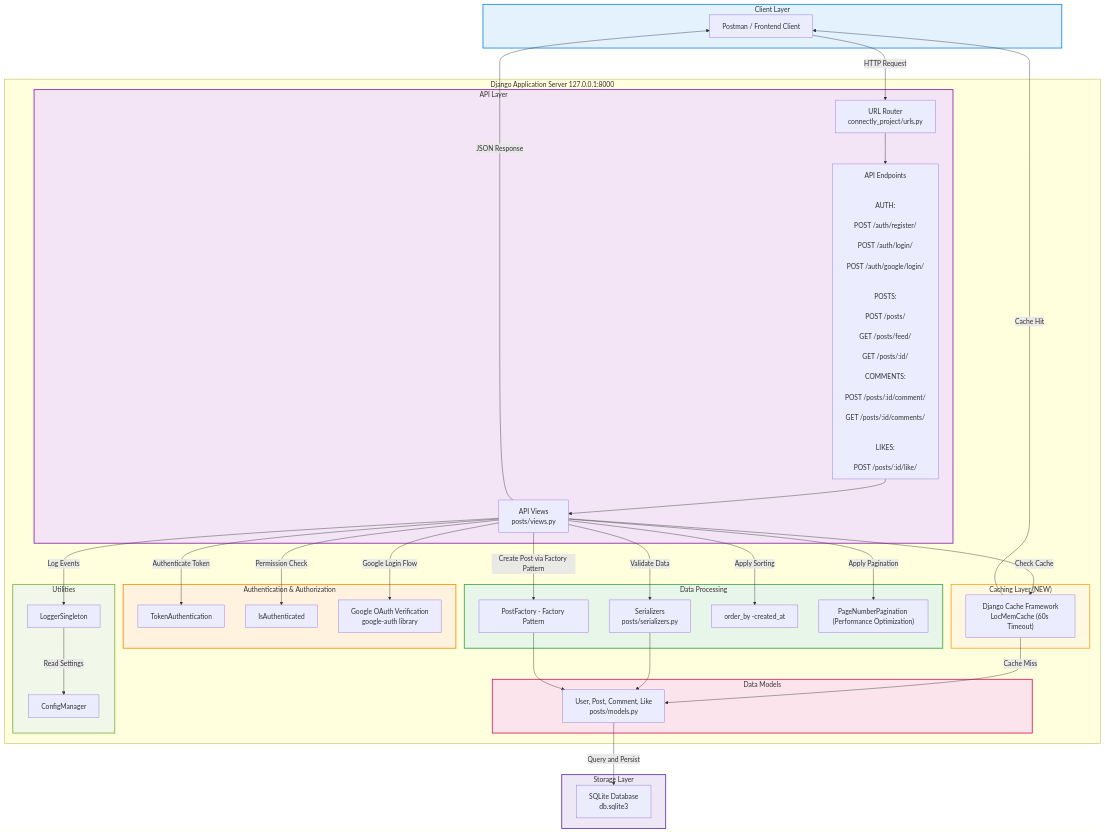
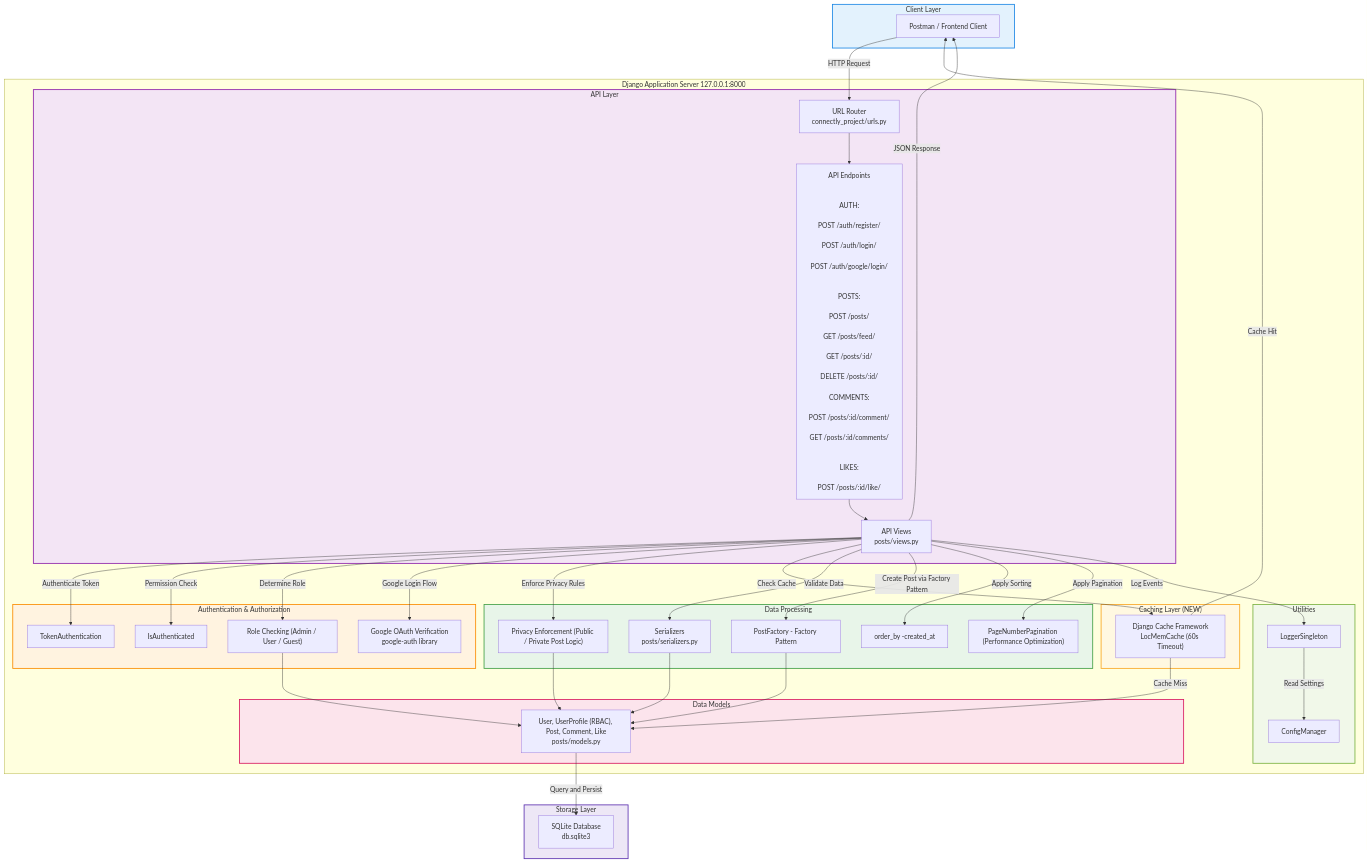
The third of 6 diagrams in README.md (Mihoqr/connectly-rest-api), drawn with Mermaid before and after one commit.

Commit message:
Update System Architecture Diagram

```diff
--- a/README.md
+++ b/README.md
@@ -342,6 +342,7 @@
         POST /posts/<br/>
         GET /posts/feed/<br/>
         GET /posts/:id/<br/>
+        DELETE /posts/:id/<br/>
         COMMENTS:<br/>
         POST /posts/:id/comment/<br/>
         GET /posts/:id/comments/<br/><br/>
@@ -355,6 +356,7 @@
         TokenAuth["TokenAuthentication"]
         PermissionCheck["IsAuthenticated"]
         GoogleOAuth["Google OAuth Verification<br/>google-auth library"]
+        RoleCheck["Role Checking (Admin / User / Guest)"]
     end
 
     %% PROCESSING
@@ -363,16 +365,17 @@
         Factory["PostFactory - Factory Pattern"]
         Sorting["order_by -created_at"]
         Pagination["PageNumberPagination (Performance Optimization)"]
+        PrivacyCheck["Privacy Enforcement (Public / Private Post Logic)"]
     end
 
-    %% CACHE LAYER (NEW)
+    %% CACHE LAYER
     subgraph Cache["Caching Layer (NEW)"]
         CacheSystem["Django Cache Framework<br/>LocMemCache (60s Timeout)"]
     end
 
     %% MODELS
     subgraph Models["Data Models"]
-        ModelLayer["User, Post, Comment, Like<br/>posts/models.py"]
+        ModelLayer["User, UserProfile (RBAC), Post, Comment, Like<br/>posts/models.py"]
     end
 
     %% UTILITIES
@@ -396,7 +399,13 @@
 
 Views -->|Authenticate Token| TokenAuth
 Views -->|Permission Check| PermissionCheck
+Views -->|Determine Role| RoleCheck
 Views -->|Google Login Flow| GoogleOAuth
+
+%% PRIVACY + RBAC FLOW
+Views -->|Enforce Privacy Rules| PrivacyCheck
+PrivacyCheck --> ModelLayer
+RoleCheck --> ModelLayer
 
 %% PERFORMANCE FLOW
 Views -->|Check Cache| CacheSystem
```
